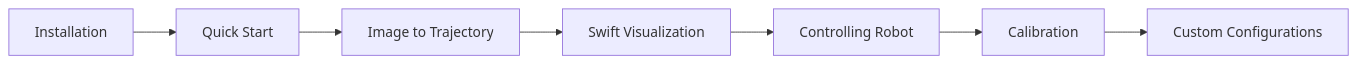
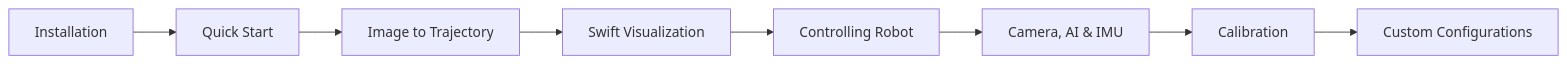
The diagram in docs/tutorials/index.md (mamrehn/pib3), drawn with Mermaid before and after one commit. The commit also changed other lines of this file and 13 other files, not shown here.

````diff
--- a/docs/tutorials/index.md
+++ b/docs/tutorials/index.md
@@ -51,9 +55,10 @@
 ```mermaid
 graph LR
     A[Installation] --> B[Quick Start]
     B --> C[Image to Trajectory]
     C --> D[Swift Visualization]
     D --> E[Controlling Robot]
-    E --> F[Calibration]
-    F --> G[Custom Configurations]
+    E --> F[Camera, AI & IMU]
+    F --> G[Calibration]
+    G --> H[Custom Configurations]
 ```
````
